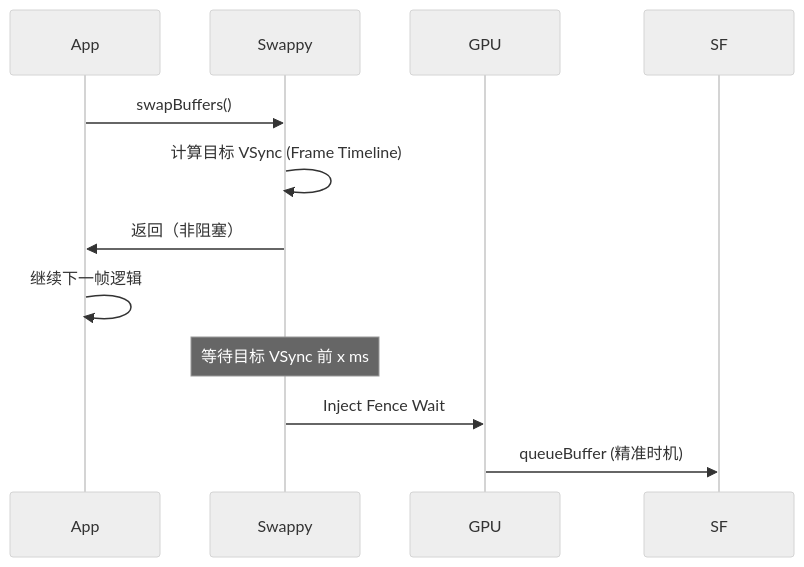
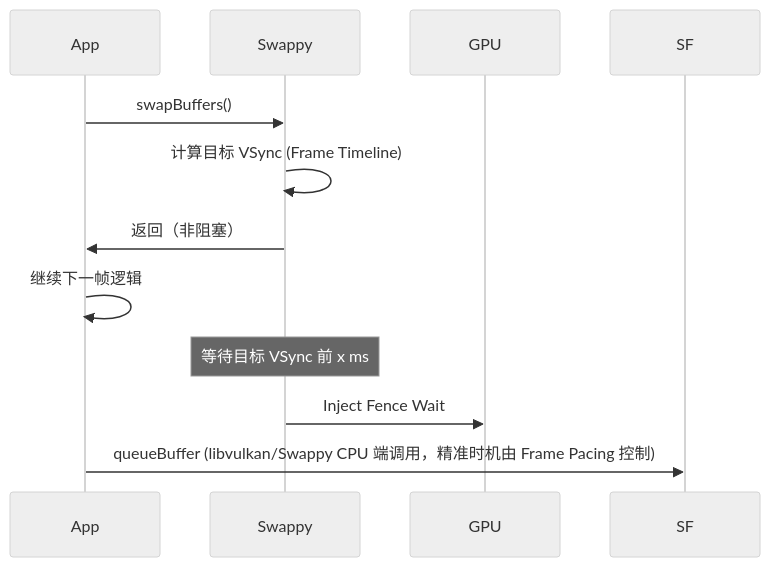
One commit to Gracker/android-internals-wiki changed the second of 2 diagrams in src/part2-performance/ch18-rendering-pipelines/09-vulkan-native.md. Above: the diagram before and after it, drawn with Mermaid (neutral theme). The commit also changed other lines of this file and 2 other files, not shown here.

Commit message:
[openclaw] rework: 4.3 ART GC观测口径 + 18.9 Vulkan时序图 — review 回炉修复

````diff
--- a/src/part2-performance/ch18-rendering-pipelines/09-vulkan-native.md
+++ b/src/part2-performance/ch18-rendering-pipelines/09-vulkan-native.md
@@ -357,16 +357,16 @@
 ```mermaid
 sequenceDiagram
     participant App
     participant Swappy
     participant GPU
     participant SF
 
     App->>Swappy: swapBuffers()
     Swappy->>Swappy: 计算目标 VSync (Frame Timeline)
     Swappy->>App: 返回（非阻塞）
     App->>App: 继续下一帧逻辑
     
     Note over Swappy: 等待目标 VSync 前 x ms
     Swappy->>GPU: Inject Fence Wait
-    GPU->>SF: queueBuffer (精准时机)
+    App->>SF: queueBuffer (libvulkan/Swappy CPU 端调用，精准时机由 Frame Pacing 控制)
 ```
````
